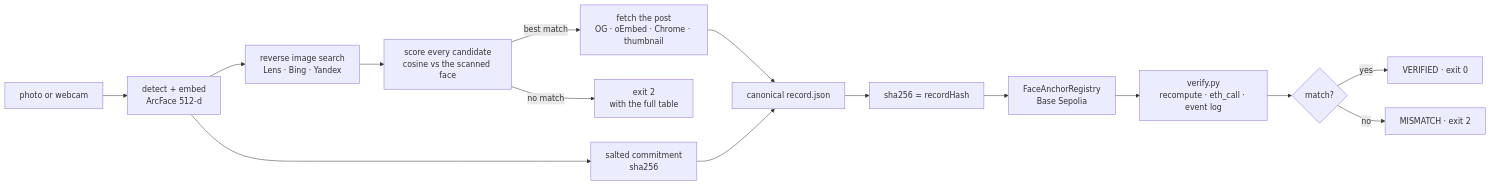
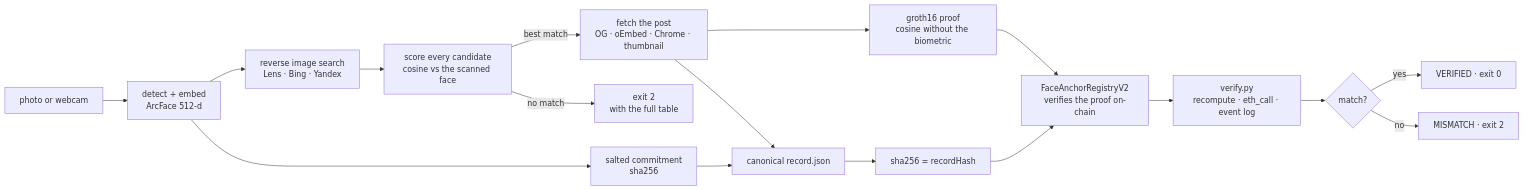
Before and after one commit to samarthputhraya/faceanchor: the diagram in README.md, drawn with Mermaid. The commit also changed other lines of this file and 3 other files, not shown here.

````diff
--- a/README.md
+++ b/README.md
@@ -35,17 +59,19 @@
 ```mermaid
 flowchart LR
     A[photo or webcam] --> B[detect + embed<br/>ArcFace 512-d]
     B --> C[salted commitment<br/>sha256]
     B --> D[reverse image search<br/>Lens · Bing · Yandex]
     D --> E[score every candidate<br/>cosine vs the scanned face]
     E -->|no match| X[exit 2<br/>with the full table]
     E -->|best match| F[fetch the post<br/>OG · oEmbed · Chrome · thumbnail]
     F --> G[canonical record.json]
     C --> G
     G --> H[sha256 = recordHash]
-    H --> I[FaceAnchorRegistry<br/>Base Sepolia]
+    F --> P[groth16 proof<br/>cosine without the biometric]
+    P --> I
+    H --> I[FaceAnchorRegistryV2<br/>verifies the proof on-chain]
     I --> J[verify.py<br/>recompute · eth_call · event log]
     J --> K{match?}
     K -->|yes| L[VERIFIED · exit 0]
     K -->|no| M[MISMATCH · exit 2]
 ```
````
